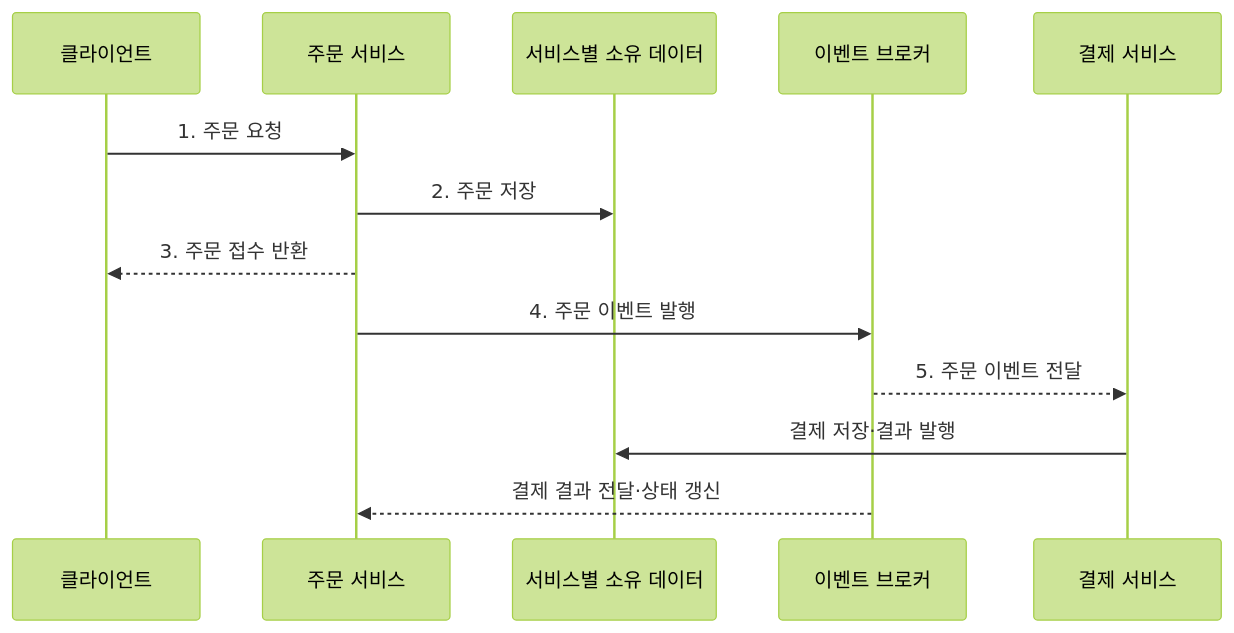
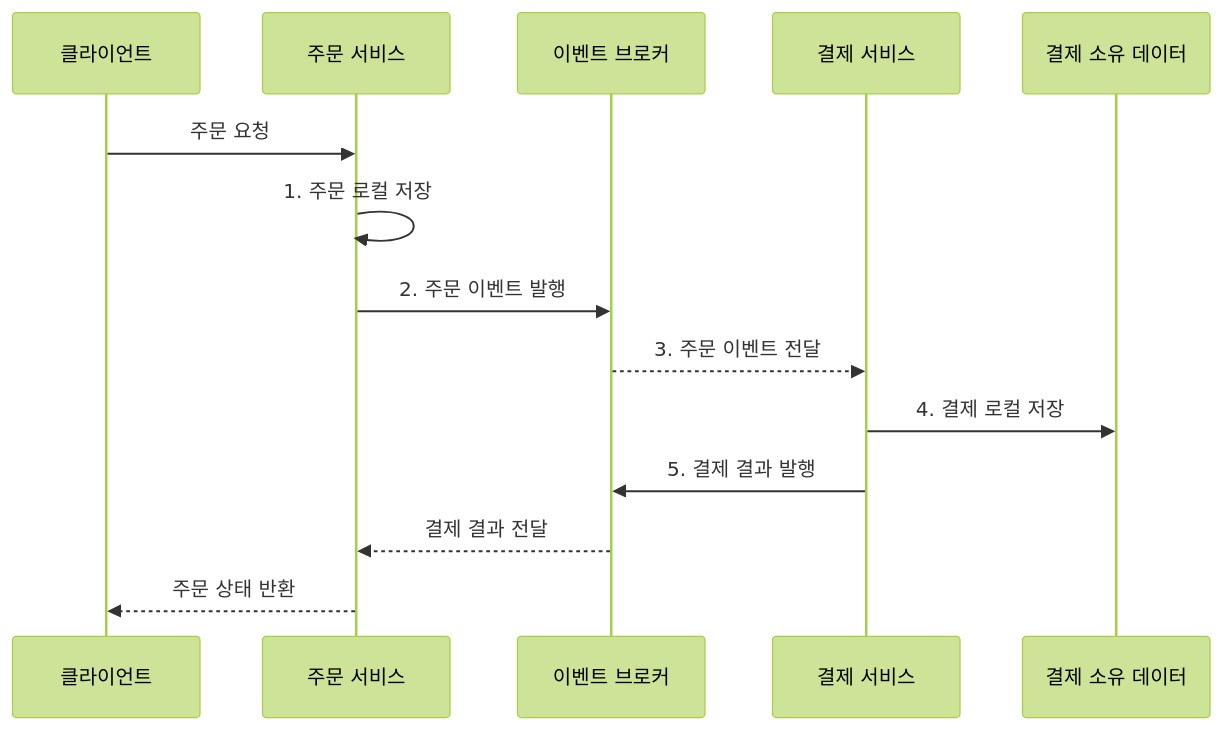
One commit to agnusdei1207/knowledge-base changed the second of 2 diagrams in src/content/docs/notes/03-software/039_microservice_architecture.md. Above: the diagram before and after it, drawn with Mermaid (forest theme). The commit also changed other lines of this file and 20 other files, not shown here.

````diff
--- a/src/content/docs/notes/03-software/039_microservice_architecture.md
+++ b/src/content/docs/notes/03-software/039_microservice_architecture.md
@@ -94,15 +94,16 @@
 ```mermaid
 sequenceDiagram
     participant C as 클라이언트
     participant O as 주문 서비스
-    participant D as 서비스별 소유 데이터
     participant B as 이벤트 브로커
     participant P as 결제 서비스
-    C->>O: 1. 주문 요청
-    O->>D: 2. 주문 저장
-    O-->>C: 3. 주문 접수 반환
-    O->>B: 4. 주문 이벤트 발행
-    B-->>P: 5. 주문 이벤트 전달
-    P->>D: 결제 저장·결과 발행
-    B-->>O: 결제 결과 전달·상태 갱신
+    participant D as 결제 소유 데이터
+    C->>O: 주문 요청
+    O->>O: 1. 주문 로컬 저장
+    O->>B: 2. 주문 이벤트 발행
+    B-->>P: 3. 주문 이벤트 전달
+    P->>D: 4. 결제 로컬 저장
+    P->>B: 5. 결제 결과 발행
+    B-->>O: 결제 결과 전달
+    O-->>C: 주문 상태 반환
 ```
````
